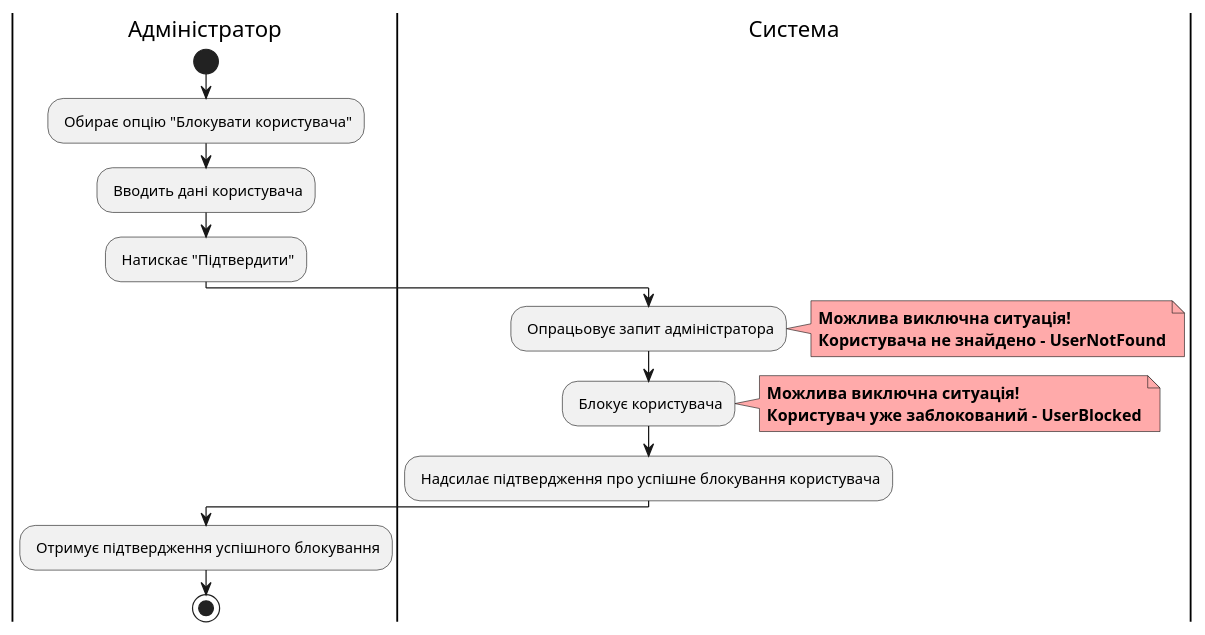
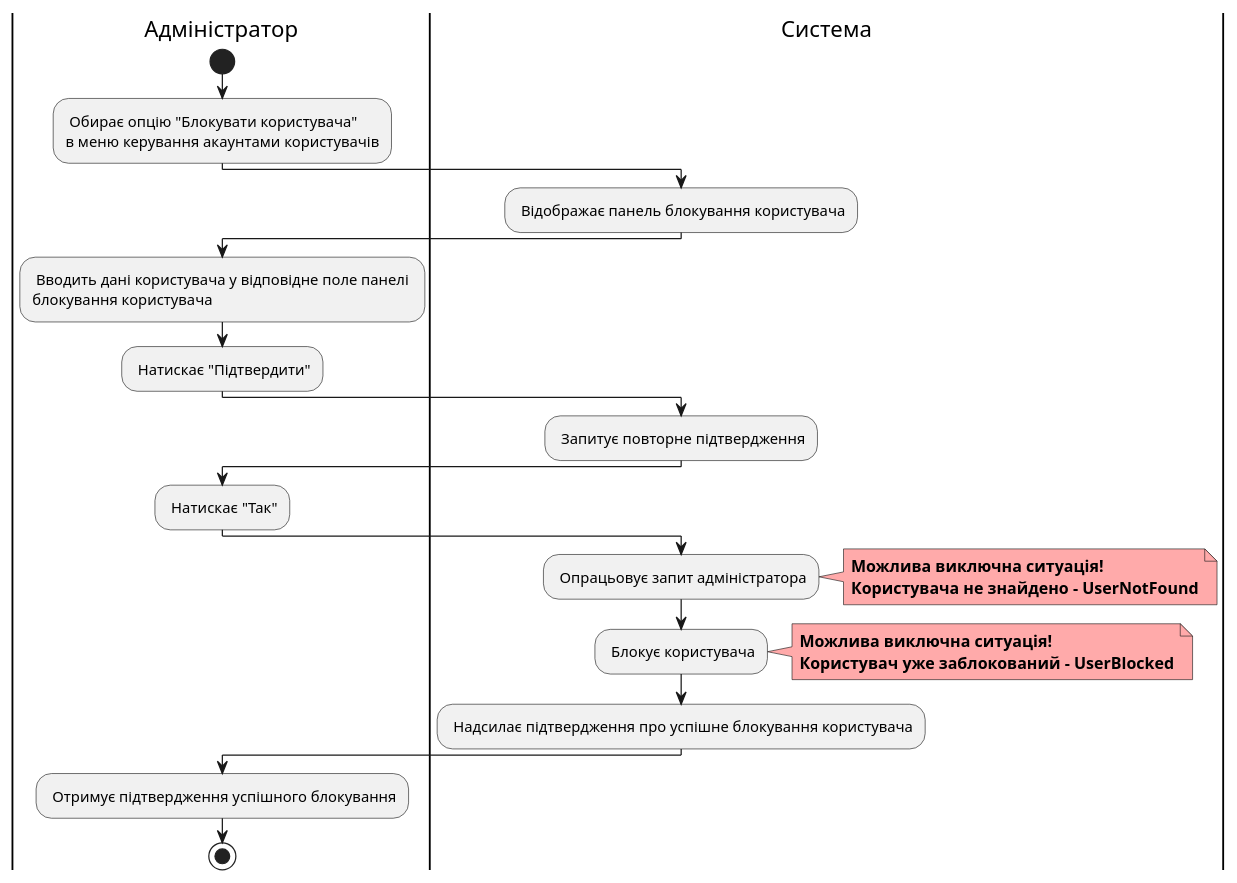
Diagram 15 of 19 in docs/use cases/README.md (watashone/db-labs), drawn with PlantUML before and after one commit. The commit also changed other lines of this file, not shown here.

```diff
--- a/docs/use cases/README.md
+++ b/docs/use cases/README.md
@@ -480,24 +515,31 @@
 @startuml
 
     |Адміністратор|
         start
-        : Обирає опцію "Блокувати користувача";
-        : Вводить дані користувача;
+        : Обирає опцію "Блокувати користувача" \nв меню керування акаунтами користувачів;
+    |Система|
+        : Відображає панель блокування користувача;
+    |Адміністратор|
+        : Вводить дані користувача у відповідне поле панелі \nблокування користувача;
         : Натискає "Підтвердити";
+    |Система|
+        : Запитує повторне підтвердження;
+    |Адміністратор|
+        : Натискає "Так";
     |Система|
         : Опрацьовує запит адміністратора;
         note right #ffaaaa
         <b>Можлива виключна ситуація!
         <b>Користувача не знайдено - UserNotFound
         end note
         : Блокує користувача;
         note right #ffaaaa
         <b>Можлива виключна ситуація!
         <b>Користувач уже заблокований - UserBlocked
         end note
         : Надсилає підтвердження про успішне блокування користувача;
     |Адміністратор|
         : Отримує підтвердження успішного блокування;
         stop;
         
 @enduml
```
